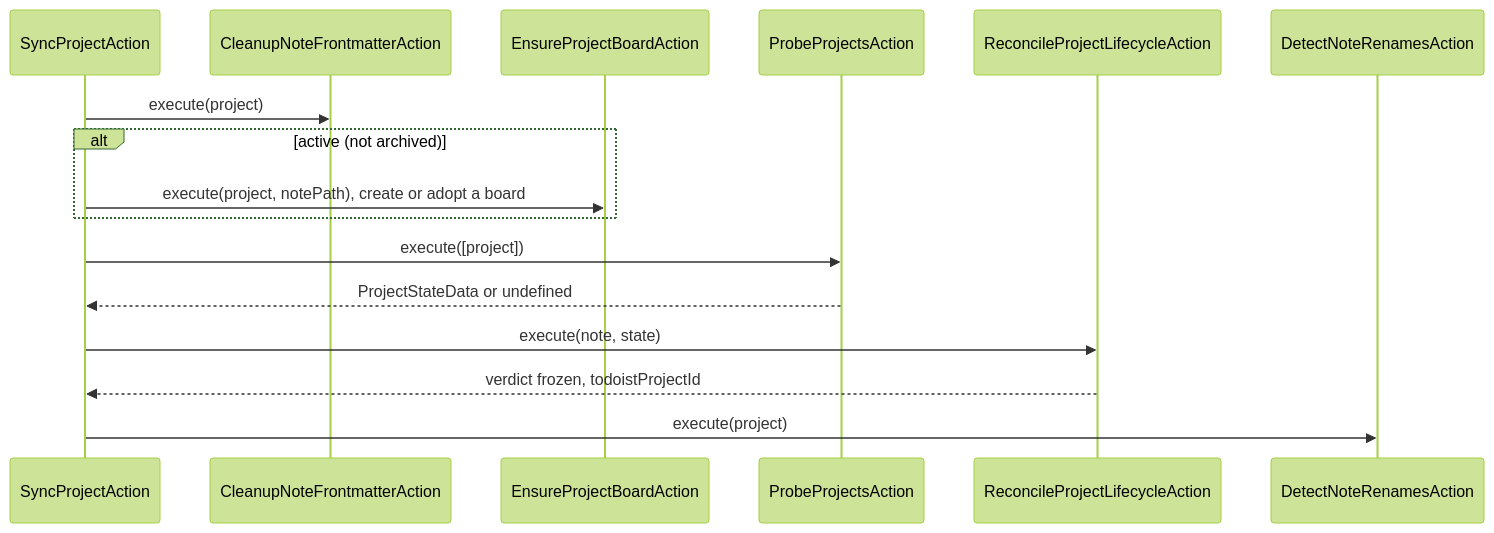
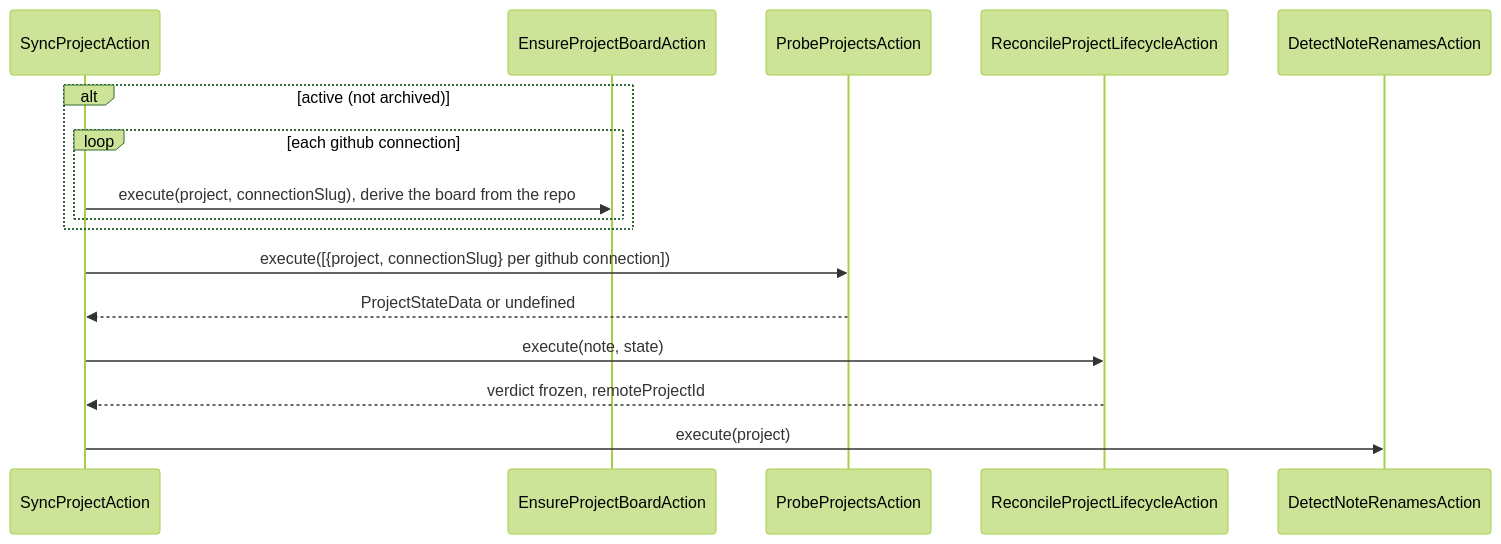
The second of 25 diagrams in docs/developer-manual.md (99linesofcode/obsidian-project-management), drawn with Mermaid (forest theme) before and after one commit. The commit also changed other lines of this file and 188 other files, not shown here.

````diff
--- a/docs/developer-manual.md
+++ b/docs/developer-manual.md
@@ -185,19 +193,19 @@
 ```mermaid
 sequenceDiagram
   participant SP as SyncProjectAction
-  participant Clean as CleanupNoteFrontmatterAction
   participant Ens as EnsureProjectBoardAction
   participant Probe as ProbeProjectsAction
   participant Life as ReconcileProjectLifecycleAction
   participant Ren as DetectNoteRenamesAction
 
-  SP->>Clean: execute(project)
   alt active (not archived)
-    SP->>Ens: execute(project, notePath), create or adopt a board
+    loop each github connection
+      SP->>Ens: execute(project, connectionSlug), derive the board from the repo
+    end
   end
-  SP->>Probe: execute([project])
+  SP->>Probe: execute([{project, connectionSlug} per github connection])
   Probe-->>SP: ProjectStateData or undefined
   SP->>Life: execute(note, state)
-  Life-->>SP: verdict frozen, todoistProjectId
+  Life-->>SP: verdict frozen, remoteProjectId
   SP->>Ren: execute(project)
 ```
````
